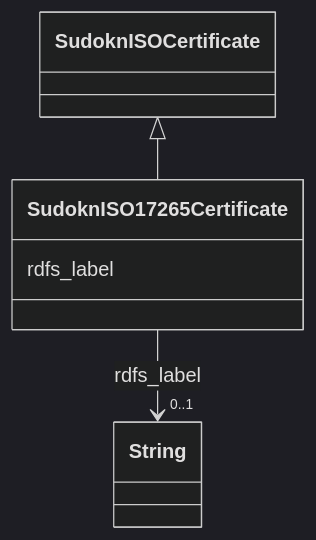
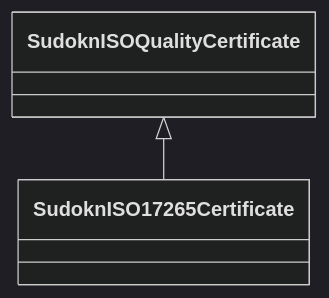
Before and after one commit to frink-okn/graph-descriptions: the diagram in sudokn-kg/classes/SudoknISO17265Certificate.md, drawn with Mermaid (dark theme). The commit also changed other lines of this file and 903 other files, not shown here.

````diff
--- a/sudokn-kg/classes/SudoknISO17265Certificate.md
+++ b/sudokn-kg/classes/SudoknISO17265Certificate.md
@@ -23,18 +16,9 @@
 ```mermaid
  classDiagram
     class SudoknISO17265Certificate
     click SudoknISO17265Certificate href "../SudoknISO17265Certificate"
-      SudoknISOCertificate <|-- SudoknISO17265Certificate
-        click SudoknISOCertificate href "../SudoknISOCertificate"
+      SudoknISOQualityCertificate <|-- SudoknISO17265Certificate
+        click SudoknISOQualityCertificate href "../SudoknISOQualityCertificate"
       
-      SudoknISO17265Certificate : rdfs_label
-        
-          
-    
-    
-    SudoknISO17265Certificate --> "0..1" String : rdfs_label
-    click String href "../String"
-
-        
       
 ```
````
